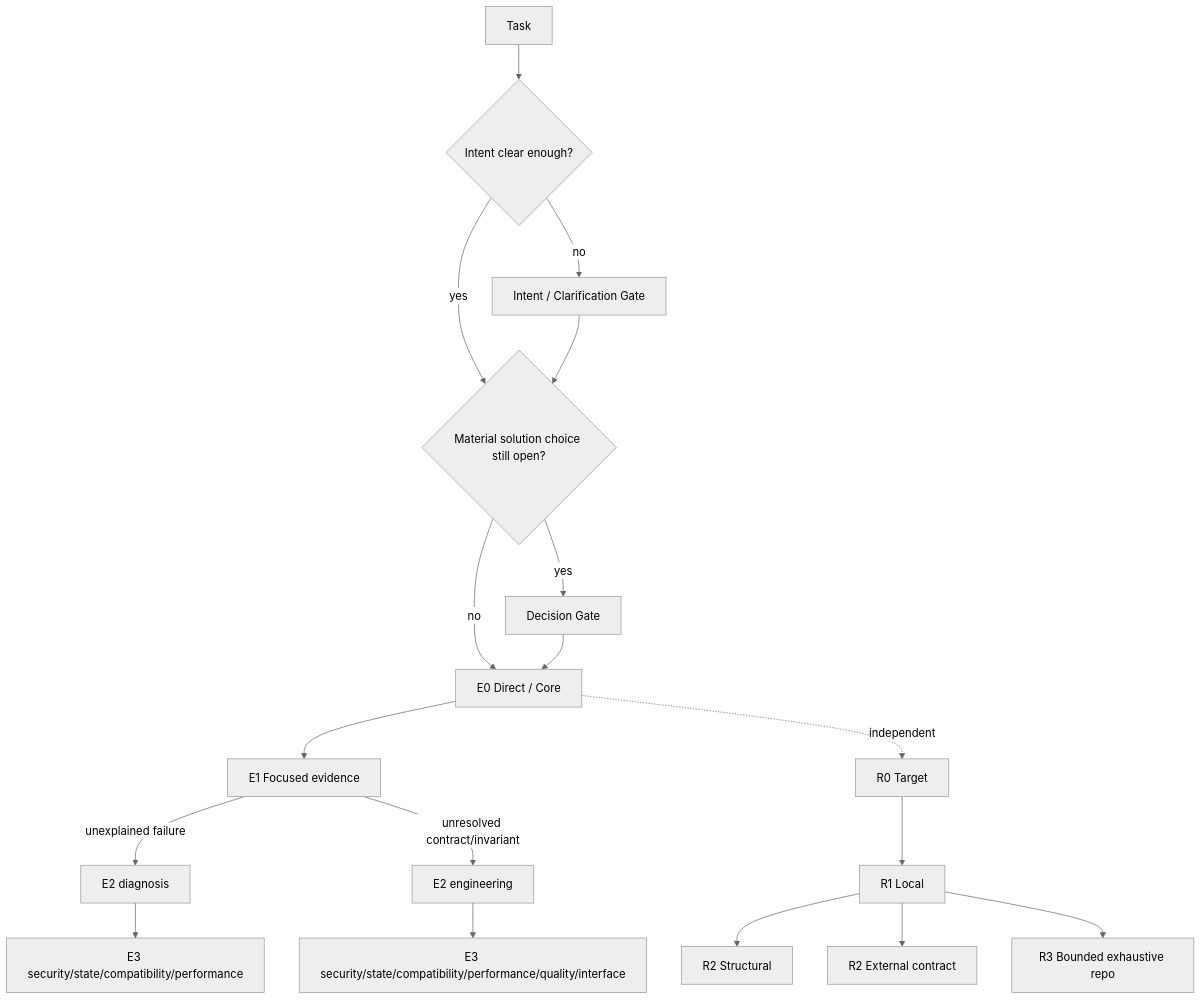
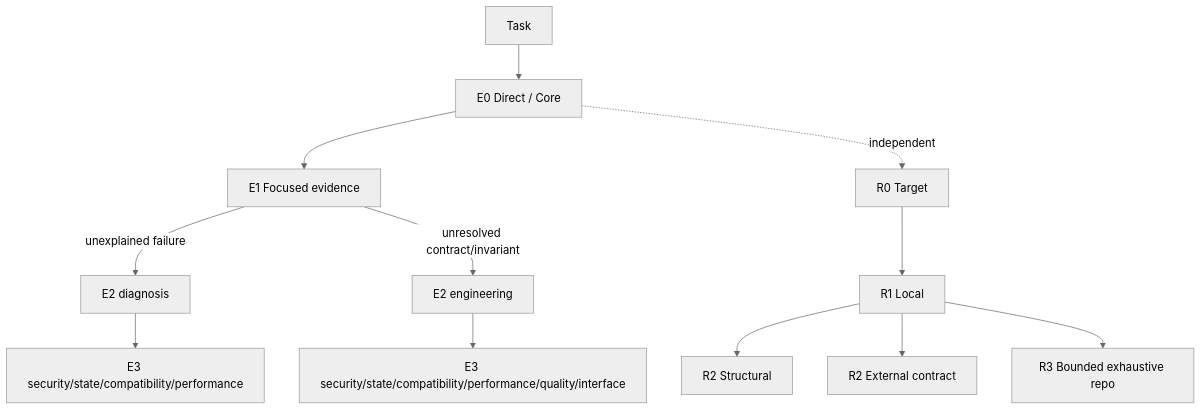
The diagram in README.md (Hubujiu/practical-coding), drawn with Mermaid (neutral theme) before and after one commit. The commit also changed other lines of this file and 11 other files, not shown here.

Commit message:
experiment: make clarification and decision manual-only

````diff
--- a/README.md
+++ b/README.md
@@ -13,22 +13,15 @@
 ```mermaid
 flowchart TB
-  T[Task] --> I{Intent clear enough?}
-  I -->|no| IG[Intent / Clarification Gate]
-  I -->|yes| D
-  IG --> D{Material solution choice still open?}
-  D -->|yes| DG[Decision Gate]
-  D -->|no| E0[E0 Direct / Core]
-  DG --> E0
-
+  T[Task] --> E0[E0 Direct / Core]
   E0 --> E1[E1 Focused evidence]
   E1 -->|unexplained failure| DX[E2 diagnosis]
   E1 -->|unresolved contract/invariant| EN[E2 engineering]
   DX --> S1[E3 security/state/compatibility/performance]
   EN --> S2[E3 security/state/compatibility/performance/quality/interface]
 
   E0 -. independent .-> R0[R0 Target]
   R0 --> R1[R1 Local]
   R1 --> RS[R2 Structural]
   R1 --> RE[R2 External contract]
   R1 --> R3[R3 Bounded exhaustive repo]
 ```
````
